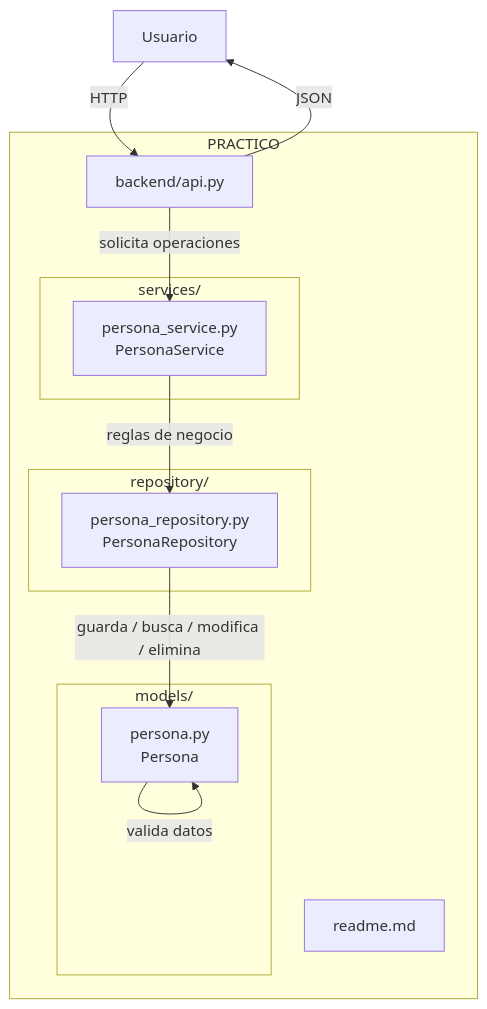
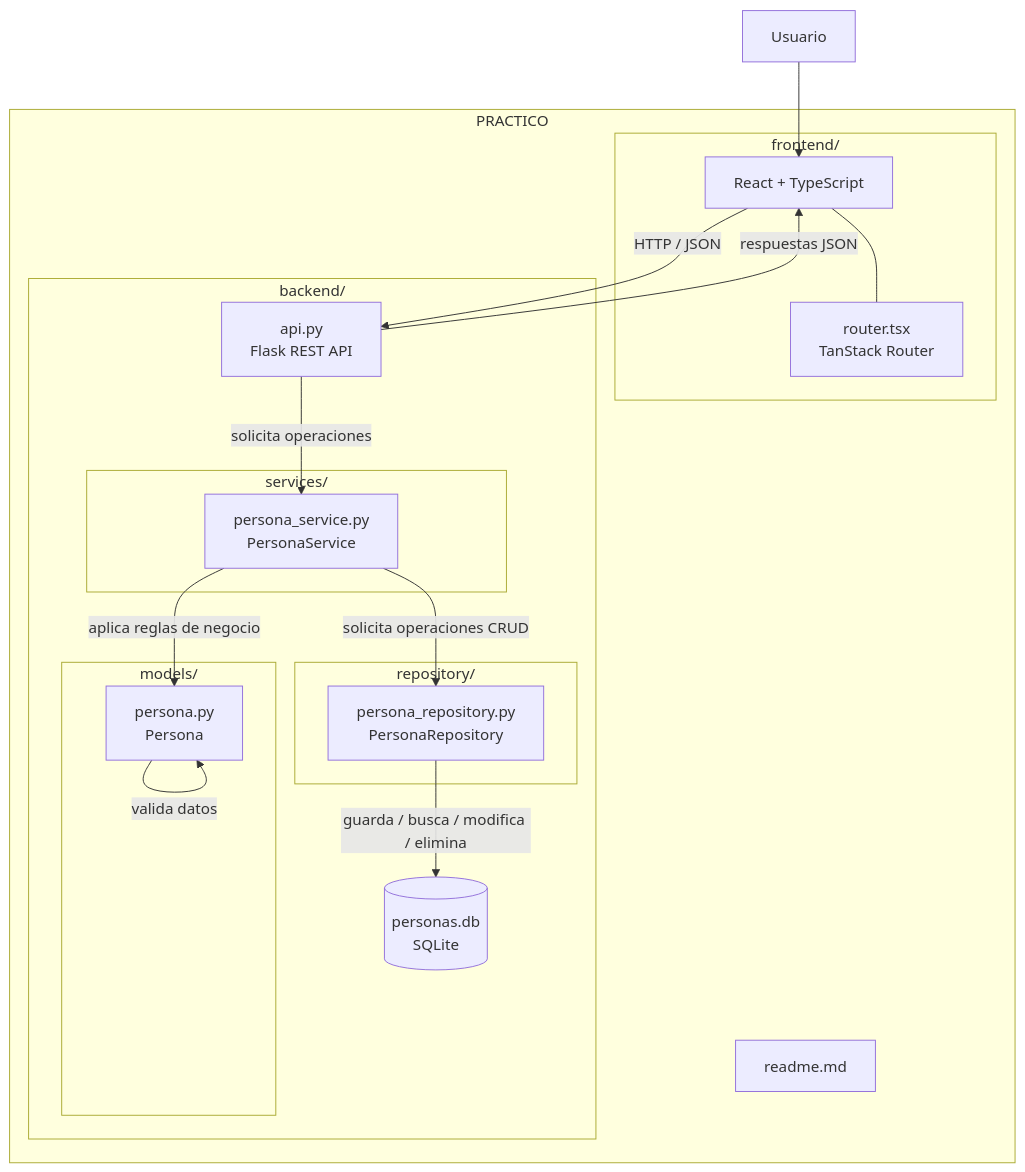
The diagram in readme.md (freixasbautista/tp-crud-persona), drawn with Mermaid before and after one commit. The commit also changed other lines of this file, not shown here.

````diff
--- a/readme.md
+++ b/readme.md
@@ -21,30 +22,42 @@
 ```mermaid
 flowchart TD
     Usuario["Usuario"]
 
     subgraph Proyecto["PRACTICO"]
-        API["backend/api.py"]
-
-        subgraph Services["services/"]
-            Service["persona_service.py<br/>PersonaService"]
+        subgraph Frontend["frontend/"]
+            UI["React + TypeScript"]
+            Router["router.tsx<br/>TanStack Router"]
         end
 
-        subgraph Repository["repository/"]
-            Repo["persona_repository.py<br/>PersonaRepository"]
-        end
+        subgraph Backend["backend/"]
+            API["api.py<br/>Flask REST API"]
 
-        subgraph Models["models/"]
-            Model["persona.py<br/>Persona"]
+            subgraph Services["services/"]
+                Service["persona_service.py<br/>PersonaService"]
+            end
+
+            subgraph Repository["repository/"]
+                Repo["persona_repository.py<br/>PersonaRepository"]
+            end
+
+            subgraph Models["models/"]
+                Model["persona.py<br/>Persona"]
+            end
+
+            DB[("personas.db<br/>SQLite")]
         end
 
         README["readme.md"]
     end
 
-    Usuario -->|"HTTP"| API
+    Usuario --> UI
+    UI --- Router
+    UI -->|"HTTP / JSON"| API
     API -->|"solicita operaciones"| Service
-    Service -->|"reglas de negocio"| Repo
-    Repo -->|"guarda / busca / modifica / elimina"| Model
+    Service -->|"aplica reglas de negocio"| Model
+    Service -->|"solicita operaciones CRUD"| Repo
+    Repo -->|"guarda / busca / modifica / elimina"| DB
     Model -->|"valida datos"| Model
 
-    API -->|"JSON"| Usuario
+    API -->|"respuestas JSON"| UI
 ```
````
